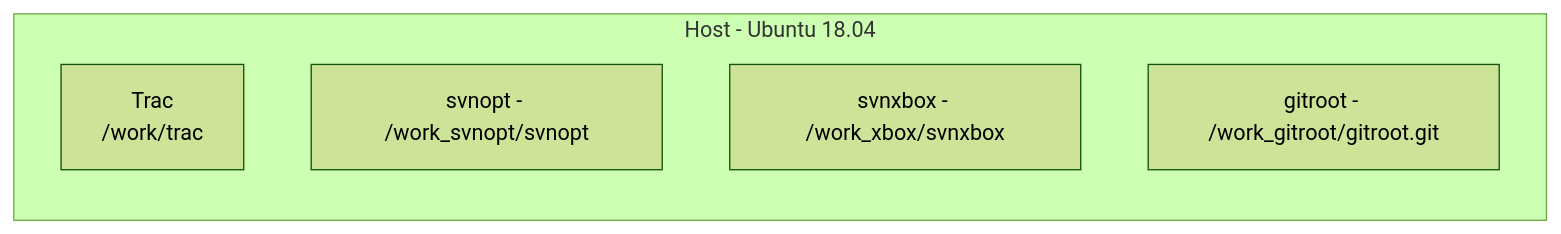
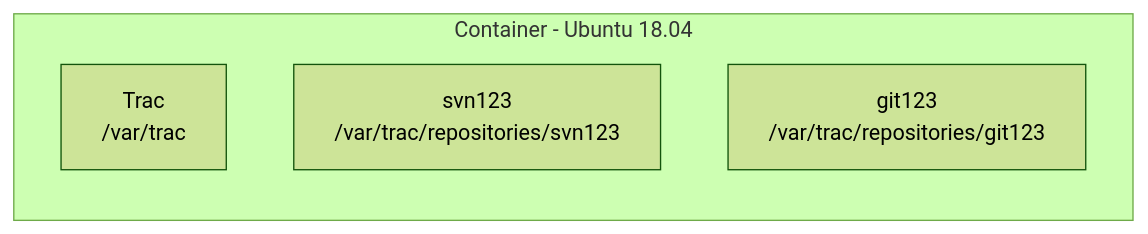
Before and after one commit to lankahsu520/HelperX: the second of 2 diagrams in helper_VCS-Trac.md, drawn with Mermaid (forest theme). The commit also changed other lines of this file and 18 other files, not shown here.

Commit message:
update helper_VCS-Trac.md, to support git

````diff
--- a/helper_VCS-Trac.md
+++ b/helper_VCS-Trac.md
@@ -405,13 +390,11 @@
 ```mermaid
 flowchart LR
-	subgraph Host[Host - Ubuntu 18.04]
-		Trac[Trac<br>/work/trac]
+	subgraph Container[Container - Ubuntu 18.04]
+		Trac[Trac<br>/var/trac]
 
-		svnopt[svnopt - /work_svnopt/svnopt]
-
-		svnxbox[svnxbox - /work_xbox/svnxbox]
+		svn123[svn123<br>/var/trac/repositories/svn123]
 		
-		gitroot[gitroot - /work_gitroot/gitroot.git]
+		git123[git123<br>/var/trac/repositories/git123]
 	end
 
 ```
````
